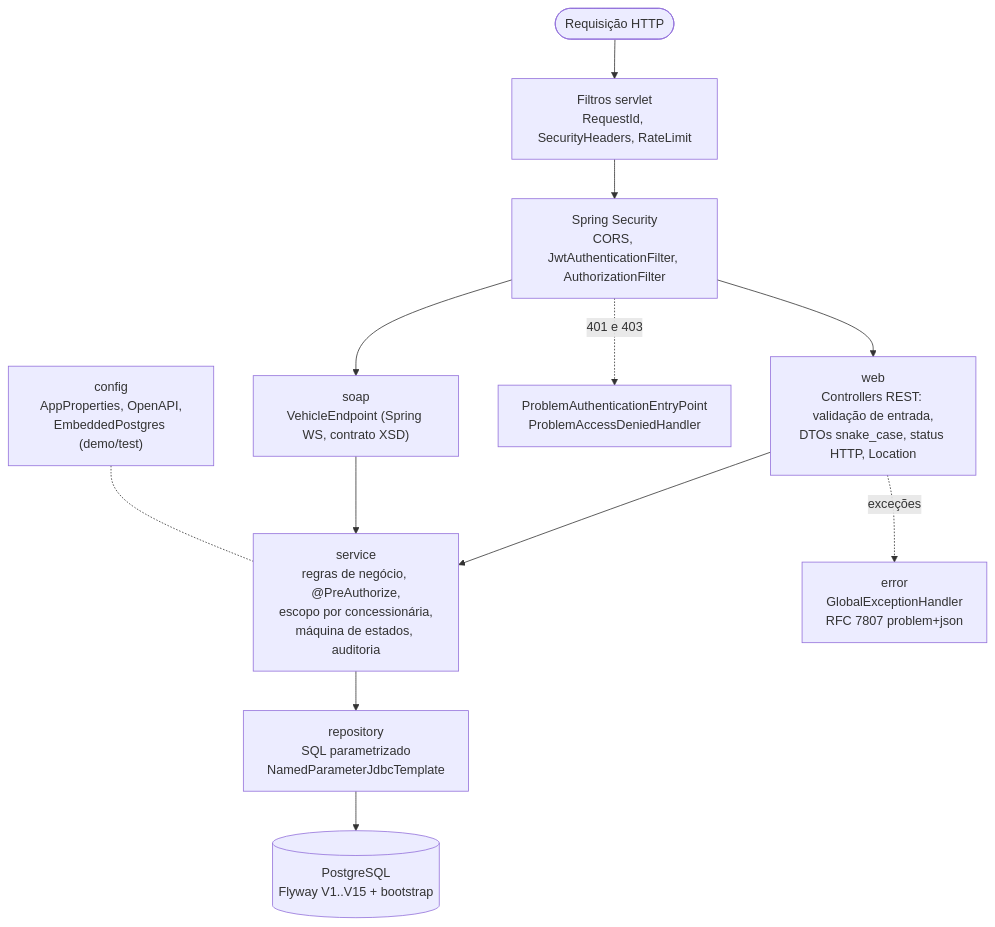
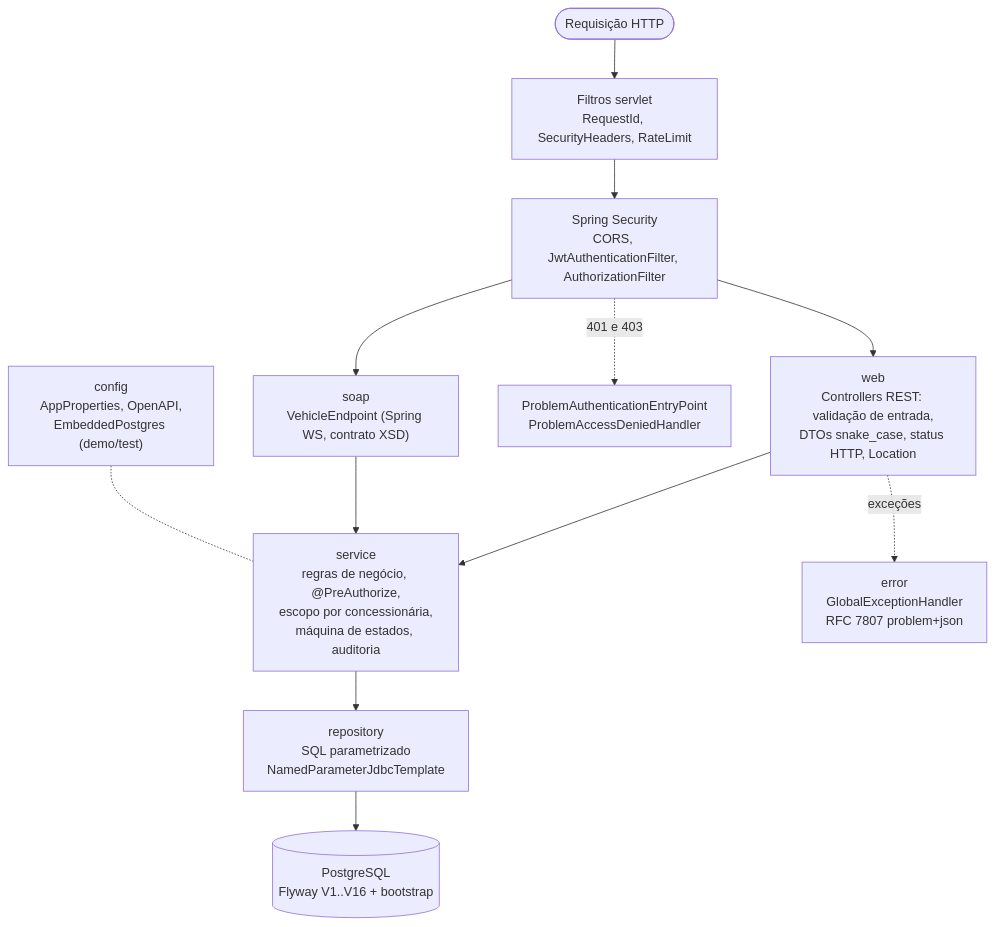
One commit to fwd-ford/forward-api-java changed the diagram in docs/diagrams/02-camadas.mmd. Above: the diagram before and after it, drawn with Mermaid. The commit also changed 13 other files, not shown here.

First line of the commit message:
docs: token revocation in README, architecture, delivery doc and evidence

```diff
--- a/docs/diagrams/02-camadas.mmd
+++ b/docs/diagrams/02-camadas.mmd
@@ -1,12 +1,12 @@
 flowchart TB
   REQ(["Requisição HTTP"]) --> FIL["Filtros servlet<br/>RequestId, SecurityHeaders, RateLimit"]
   FIL --> SEC["Spring Security<br/>CORS, JwtAuthenticationFilter, AuthorizationFilter"]
   SEC --> CTRL["web<br/>Controllers REST: validação de entrada,<br/>DTOs snake_case, status HTTP, Location"]
   SEC --> SOAP["soap<br/>VehicleEndpoint (Spring WS, contrato XSD)"]
   CTRL --> SVC["service<br/>regras de negócio, @PreAuthorize,<br/>escopo por concessionária,<br/>máquina de estados, auditoria"]
   SOAP --> SVC
   SVC --> REPO["repository<br/>SQL parametrizado<br/>NamedParameterJdbcTemplate"]
-  REPO --> DB[("PostgreSQL<br/>Flyway V1..V15 + bootstrap")]
+  REPO --> DB[("PostgreSQL<br/>Flyway V1..V16 + bootstrap")]
   CTRL -. exceções .-> ERR["error<br/>GlobalExceptionHandler<br/>RFC 7807 problem+json"]
   SEC -. "401 e 403" .-> EP["ProblemAuthenticationEntryPoint<br/>ProblemAccessDeniedHandler"]
   CFG["config<br/>AppProperties, OpenAPI,<br/>EmbeddedPostgres (demo/test)"] -.- SVC
```
